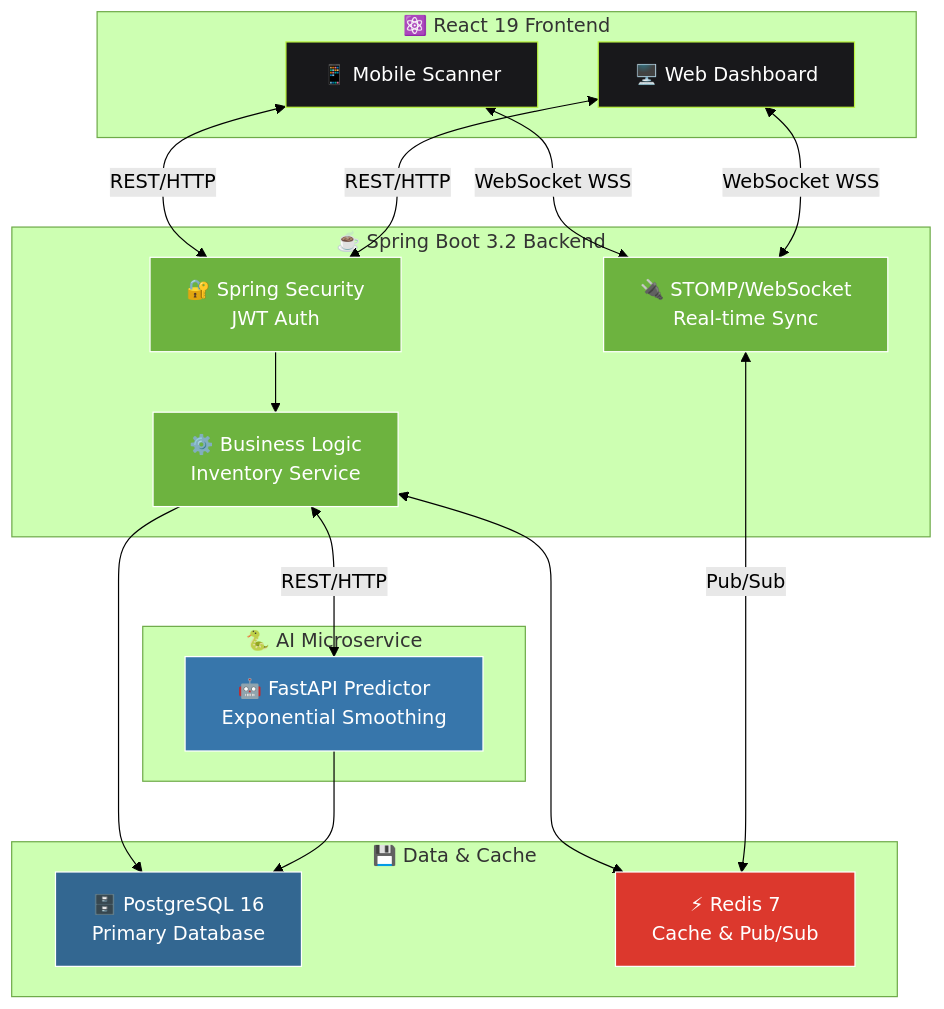
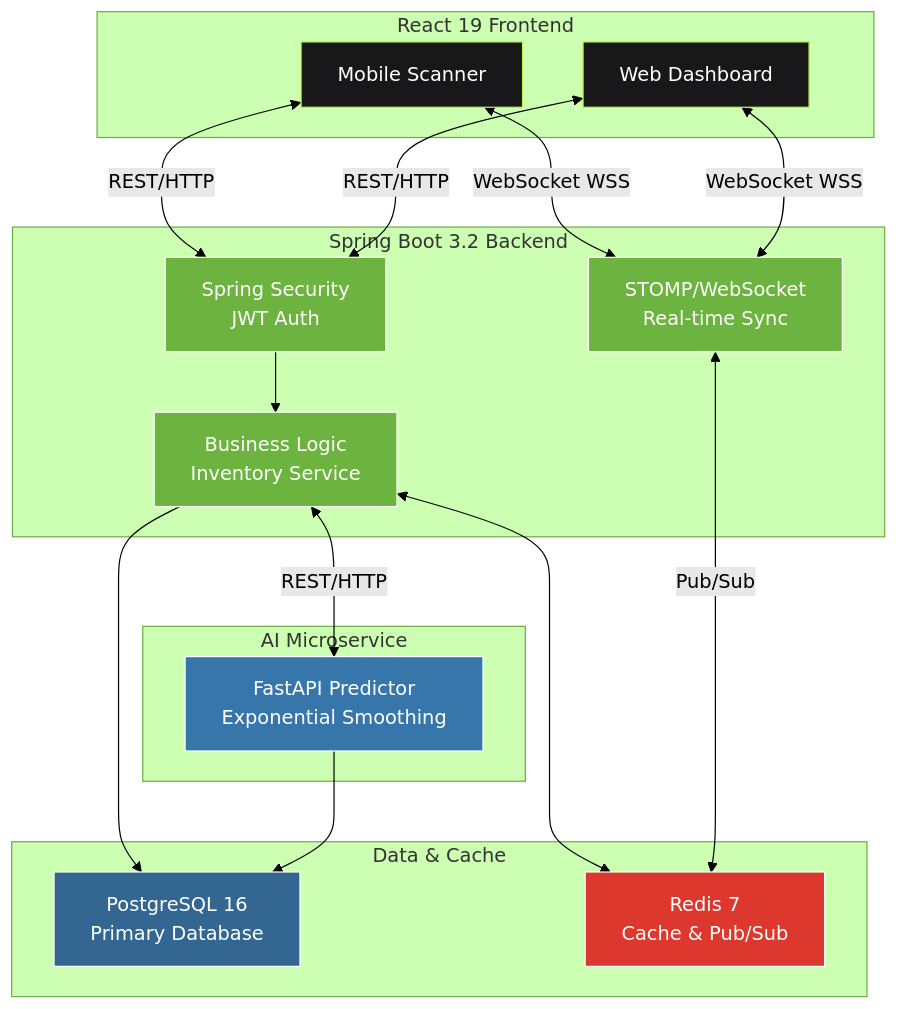
One commit to genshouketsu-sys/SotsuGyouSaku changed the diagram in README.md. Above: the diagram before and after it, drawn with Mermaid (forest theme). The commit also changed other lines of this file, not shown here.

````diff
--- a/README.md
+++ b/README.md
@@ -85,61 +85,61 @@
 ```mermaid
 graph TD
     %% Frontend 层
-    Mobile["📱 Mobile Scanner"]
-    Web["🖥️ Web Dashboard"]
+    Mobile["Mobile Scanner"]
+    Web["Web Dashboard"]
     
     %% Backend 层
-    Gateway["🔐 Spring Security<br/>JWT Auth"]
-    CoreLogic["⚙️ Business Logic<br/>Inventory Service"]
-    WS_Manager["🔌 STOMP/WebSocket<br/>Real-time Sync"]
+    Gateway["Spring Security<br/>JWT Auth"]
+    CoreLogic["Business Logic<br/>Inventory Service"]
+    WS_Manager["STOMP/WebSocket<br/>Real-time Sync"]
     
     %% AI 微服务
-    AI_Engine["🤖 FastAPI Predictor<br/>Exponential Smoothing"]
+    AI_Engine["FastAPI Predictor<br/>Exponential Smoothing"]
     
     %% Data 层
-    DB["🗄️ PostgreSQL 16<br/>Primary Database"]
-    Redis["⚡ Redis 7<br/>Cache & Pub/Sub"]
+    DB["PostgreSQL 16<br/>Primary Database"]
+    Redis["Redis 7<br/>Cache & Pub/Sub"]
     
     %% Styling
     style Mobile fill:#18181b,stroke:#bcf540,color:#fff
     style Web fill:#18181b,stroke:#bcf540,color:#fff
     style Gateway fill:#6db33f,stroke:#fff,color:#fff
     style CoreLogic fill:#6db33f,stroke:#fff,color:#fff
     style WS_Manager fill:#6db33f,stroke:#fff,color:#fff
     style AI_Engine fill:#3776ab,stroke:#fff,color:#fff
     style DB fill:#336791,stroke:#fff,color:#fff
     style Redis fill:#dc382d,stroke:#fff,color:#fff
     
     %% Subgraph
-    subgraph Frontend ["⚛️ React 19 Frontend"]
+    subgraph Frontend ["React 19 Frontend"]
         Mobile
         Web
     end
     
-    subgraph Backend ["☕️ Spring Boot 3.2 Backend"]
+    subgraph Backend ["Spring Boot 3.2 Backend"]
         Gateway
         CoreLogic
         WS_Manager
     end
     
-    subgraph DataLayer ["💾 Data & Cache"]
+    subgraph DataLayer ["Data & Cache"]
         DB
         Redis
     end
     
-    subgraph AI ["🐍 AI Microservice"]
+    subgraph AI ["AI Microservice"]
         AI_Engine
     end
     
     %% Connections
     Mobile <-->|REST/HTTP| Gateway
     Web <-->|REST/HTTP| Gateway
     Gateway --> CoreLogic
     CoreLogic --> DB
     CoreLogic <--> Redis
     CoreLogic <-->|REST/HTTP| AI_Engine
     AI_Engine --> DB
     Mobile <-->|WebSocket WSS| WS_Manager
     Web <-->|WebSocket WSS| WS_Manager
     WS_Manager <-->|Pub/Sub| Redis
 ```
````
